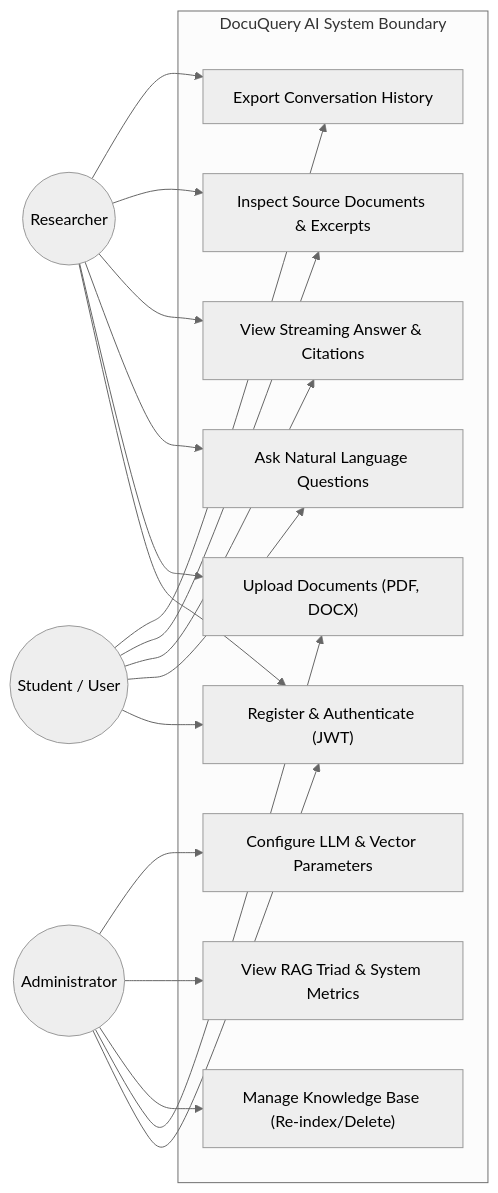
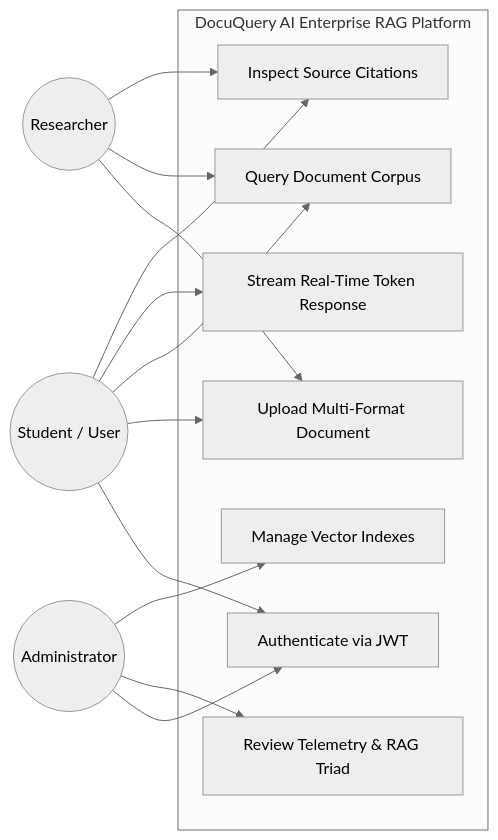
Before and after one commit to shauryadixit005-lab/RAG_Project: the first of 3 diagrams in docs/Master_Project_Report_50_Pages.md, drawn with Mermaid (neutral theme). The commit also changed other lines of this file and 100 other files, not shown here.

````diff
--- a/docs/Master_Project_Report_50_Pages.md
+++ b/docs/Master_Project_Report_50_Pages.md
@@ -246,37 +266,30 @@
 ```mermaid
 flowchart LR
     Student(("Student / User"))
     Researcher(("Researcher"))
     Admin(("Administrator"))
 
-    subgraph DocuQueryAI["DocuQuery AI System Boundary"]
-        UC1["Register & Authenticate (JWT)"]
-        UC2["Upload Documents (PDF, DOCX)"]
-        UC3["Ask Natural Language Questions"]
-        UC4["View Streaming Answer & Citations"]
-        UC5["Inspect Source Documents & Excerpts"]
-        UC6["Export Conversation History"]
-        UC7["Manage Knowledge Base (Re-index/Delete)"]
-        UC8["View RAG Triad & System Metrics"]
-        UC9["Configure LLM & Vector Parameters"]
+    subgraph DocuQuery_System ["DocuQuery AI Enterprise RAG Platform"]
+        UC1[Authenticate via JWT]
+        UC2[Upload Multi-Format Document]
+        UC3[Query Document Corpus]
+        UC4[Stream Real-Time Token Response]
+        UC5[Inspect Source Citations]
+        UC6[Review Telemetry & RAG Triad]
+        UC7[Manage Vector Indexes]
     end
 
     Student --> UC1
+    Student --> UC2
     Student --> UC3
     Student --> UC4
     Student --> UC5
-    Student --> UC6
 
-    Researcher --> UC1
     Researcher --> UC2
     Researcher --> UC3
-    Researcher --> UC4
     Researcher --> UC5
-    Researcher --> UC6
 
     Admin --> UC1
-    Admin --> UC2
+    Admin --> UC6
     Admin --> UC7
-    Admin --> UC8
-    Admin --> UC9
 ```
````
